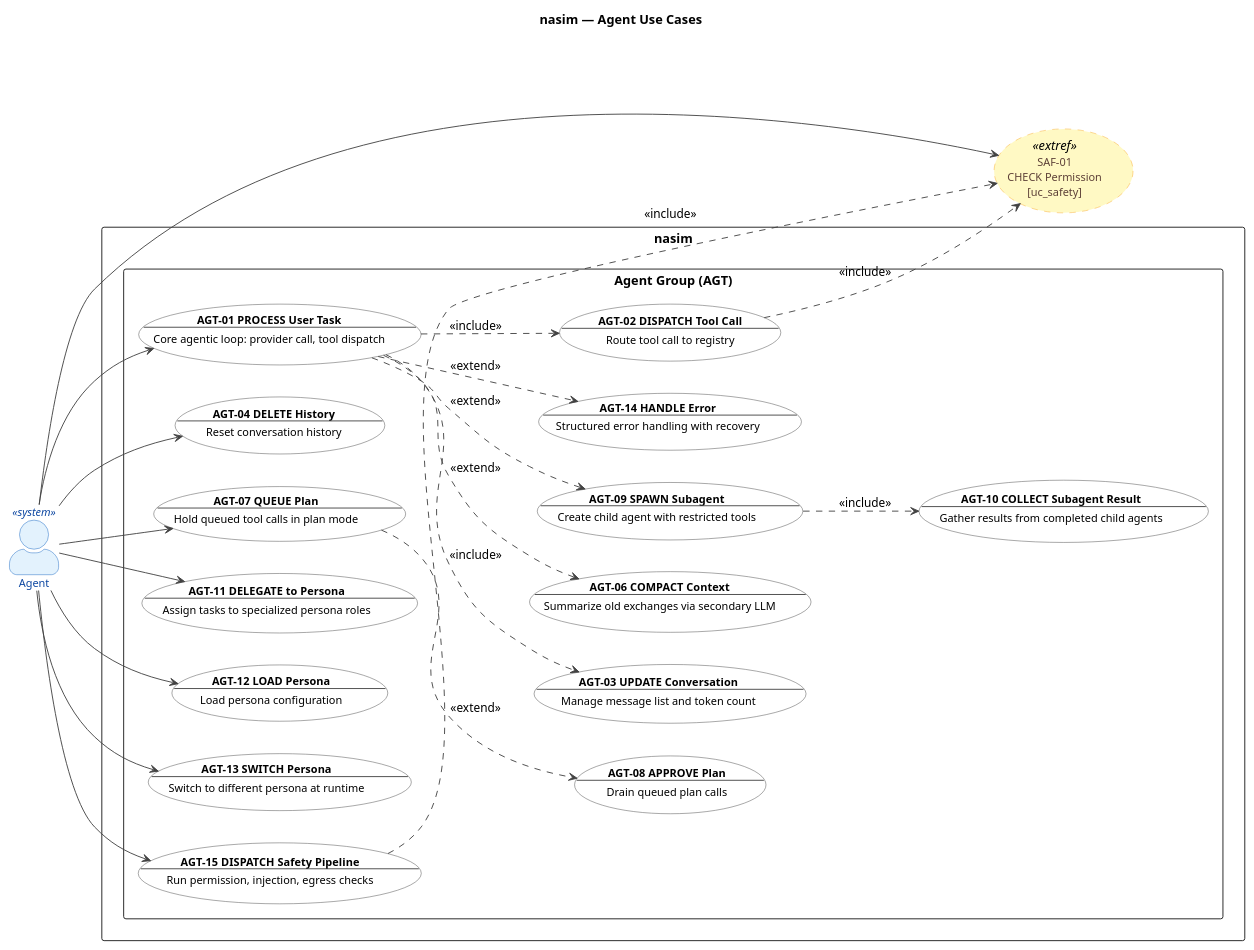
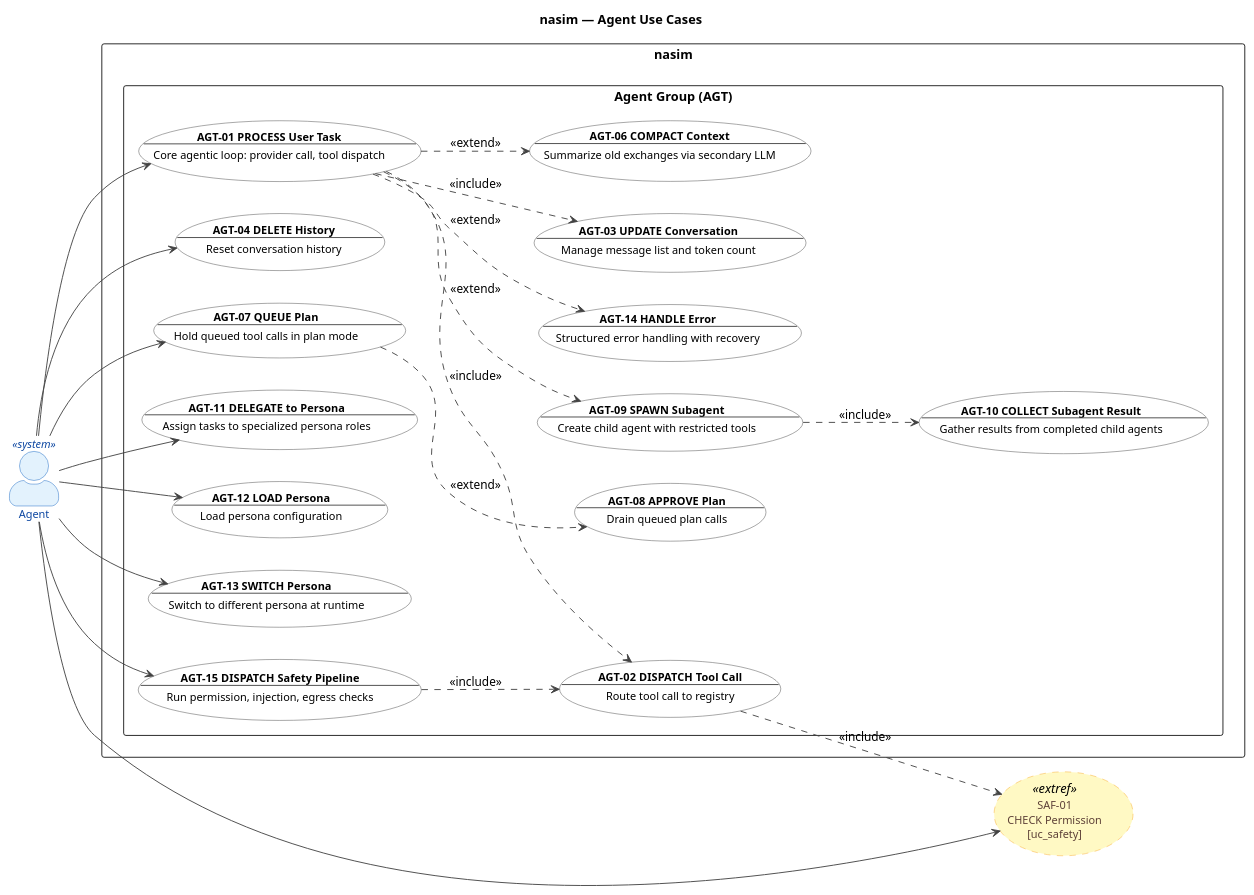
One commit to salimnamvar/nasim changed diagram 11 of 22 in UC.md. Above: the diagram before and after it, drawn with PlantUML. The commit also changed other lines of this file and 18 other files, not shown here.

```diff
--- a/UC.md
+++ b/UC.md
@@ -1062,7 +1066,7 @@
 ' Boundary:  nasim code agent
 ' Purpose:   Core agentic loop, permissions, context, plans, subagents
 ' Milestone: v1.0
-' Version:   7.0.0
+' Version:   6.0.0
 ' Source:    docs/ENTITIES.md
 ' Review:    docs/audit/audit.2026.06.20.uc-layer.car.md
 ' ============================================================
@@ -1157,7 +1161,7 @@
 AGT01 ..> AGT02 : <<include>>
 AGT01 ..> AGT03 : <<include>>
 AGT02 ..> SAF01_ext : <<include>>
-AGT15 ..> SAF01_ext : <<include>>
+AGT15 ..> AGT02 : <<include>>
 AGT01 ..> AGT06 : <<extend>>
 AGT07 ..> AGT08 : <<extend>>
 AGT01 ..> AGT09 : <<extend>>
```
